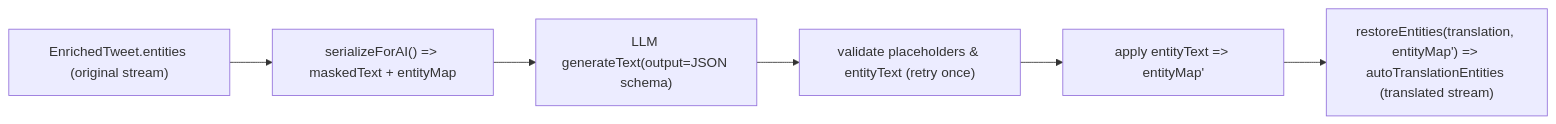
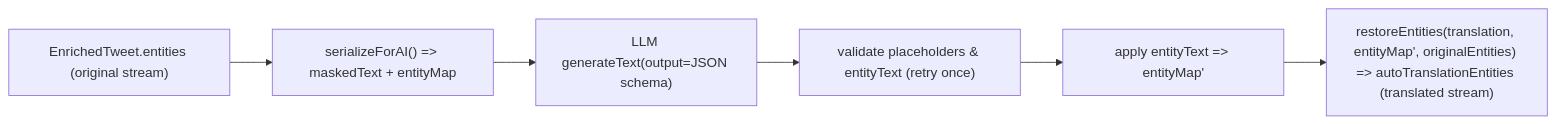
The first of 2 diagrams in docs/feature_translation.md (Chilfish/anonTweet), drawn with Mermaid before and after one commit. The commit also changed other lines of this file and 20 other files, not shown here.

````diff
--- a/docs/feature_translation.md
+++ b/docs/feature_translation.md
@@ -118,8 +120,8 @@
 ```mermaid
 flowchart LR
   A["EnrichedTweet.entities (original stream)"] --> B["serializeForAI() => maskedText + entityMap"]
   B --> C["LLM generateText(output=JSON schema)"]
   C --> D["validate placeholders & entityText (retry once)"]
   D --> E["apply entityText => entityMap'"]
-  E --> F["restoreEntities(translation, entityMap') => autoTranslationEntities (translated stream)"]
+  E --> F["restoreEntities(translation, entityMap', originalEntities) => autoTranslationEntities (translated stream)"]
 ```
````
